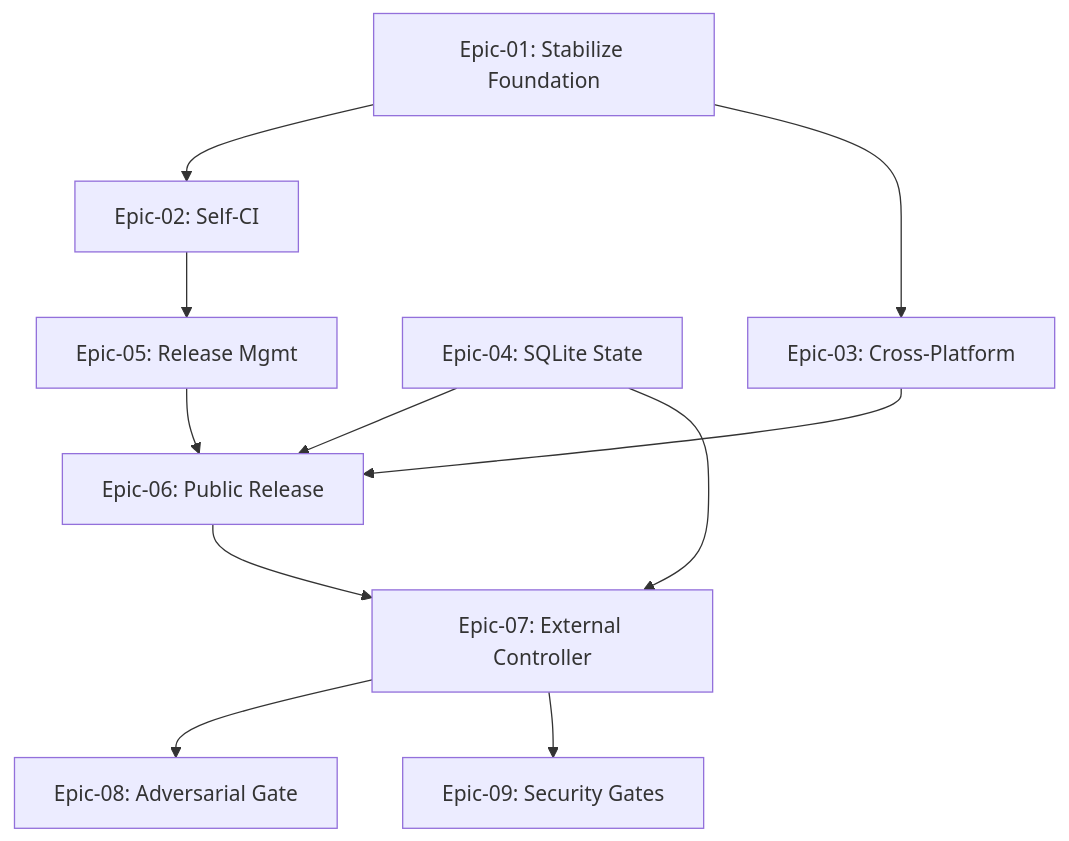
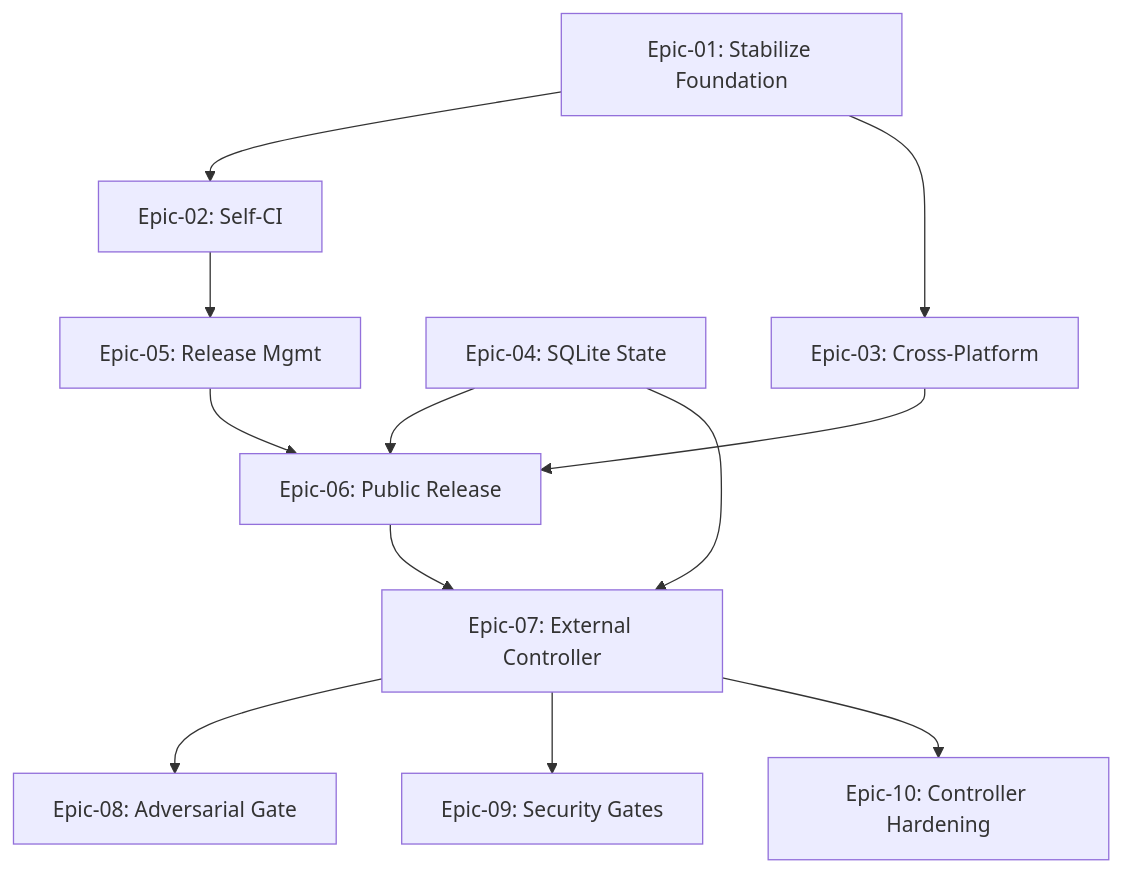
One commit to fxmartin/claude-code-config changed the diagram in docs/stories/STORIES.md. Above: the diagram before and after it, drawn with Mermaid. The commit also changed other lines of this file and 2 other files, not shown here.

First line of the commit message:
docs: document epic-07 controller stubs and add epic-10

````diff
--- a/docs/stories/STORIES.md
+++ b/docs/stories/STORIES.md
@@ -103,23 +105,25 @@
 ```mermaid
 flowchart TD
     E01[Epic-01: Stabilize Foundation]
     E02[Epic-02: Self-CI]
     E03[Epic-03: Cross-Platform]
     E04[Epic-04: SQLite State]
     E05[Epic-05: Release Mgmt]
     E06[Epic-06: Public Release]
     E07[Epic-07: External Controller]
     E08[Epic-08: Adversarial Gate]
     E09[Epic-09: Security Gates]
+    E10[Epic-10: Controller Hardening]
 
     E01 --> E02
     E01 --> E03
     E02 --> E05
     E04 --> E06
     E03 --> E06
     E05 --> E06
     E06 --> E07
     E04 --> E07
     E07 --> E08
     E07 --> E09
+    E07 --> E10
 ```
````
